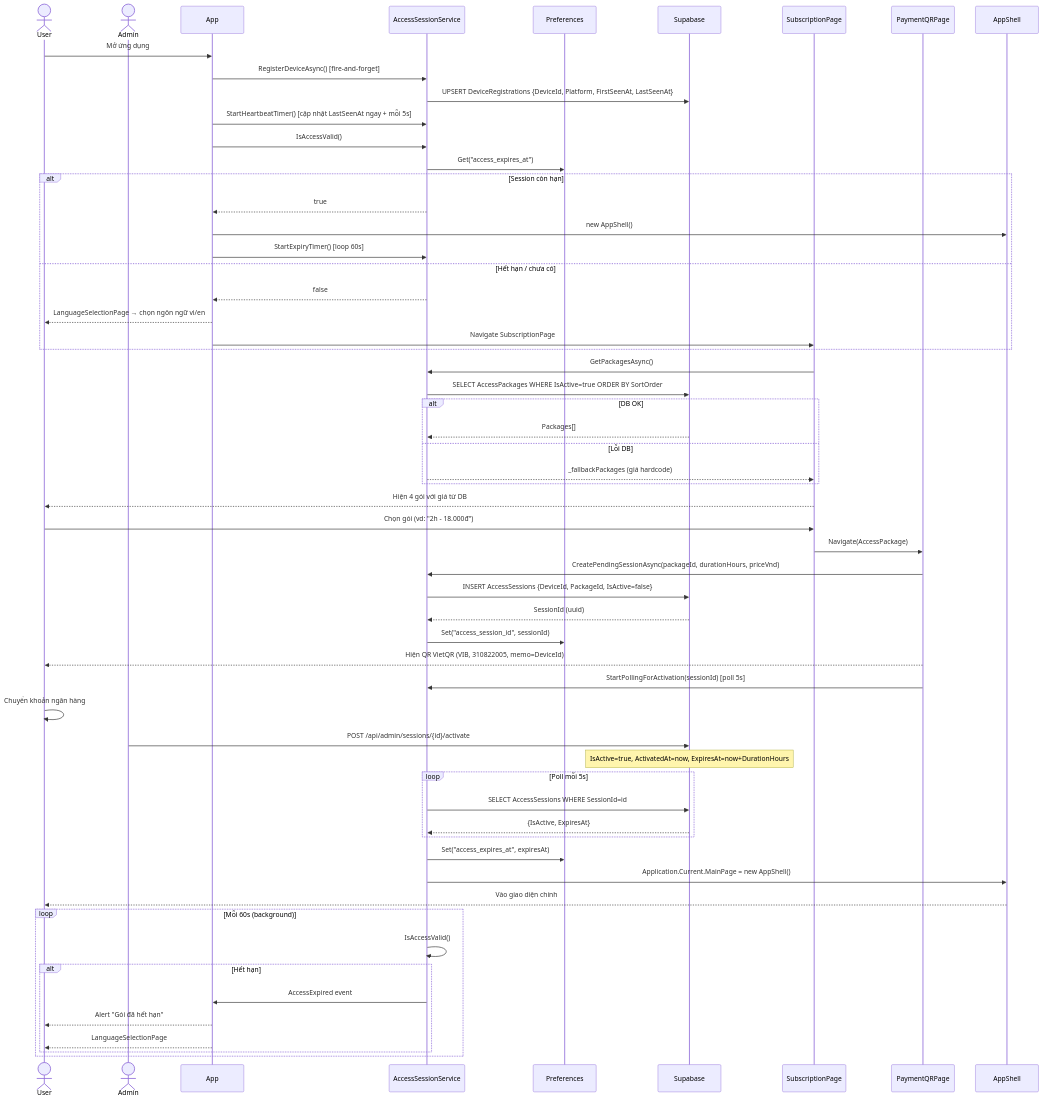
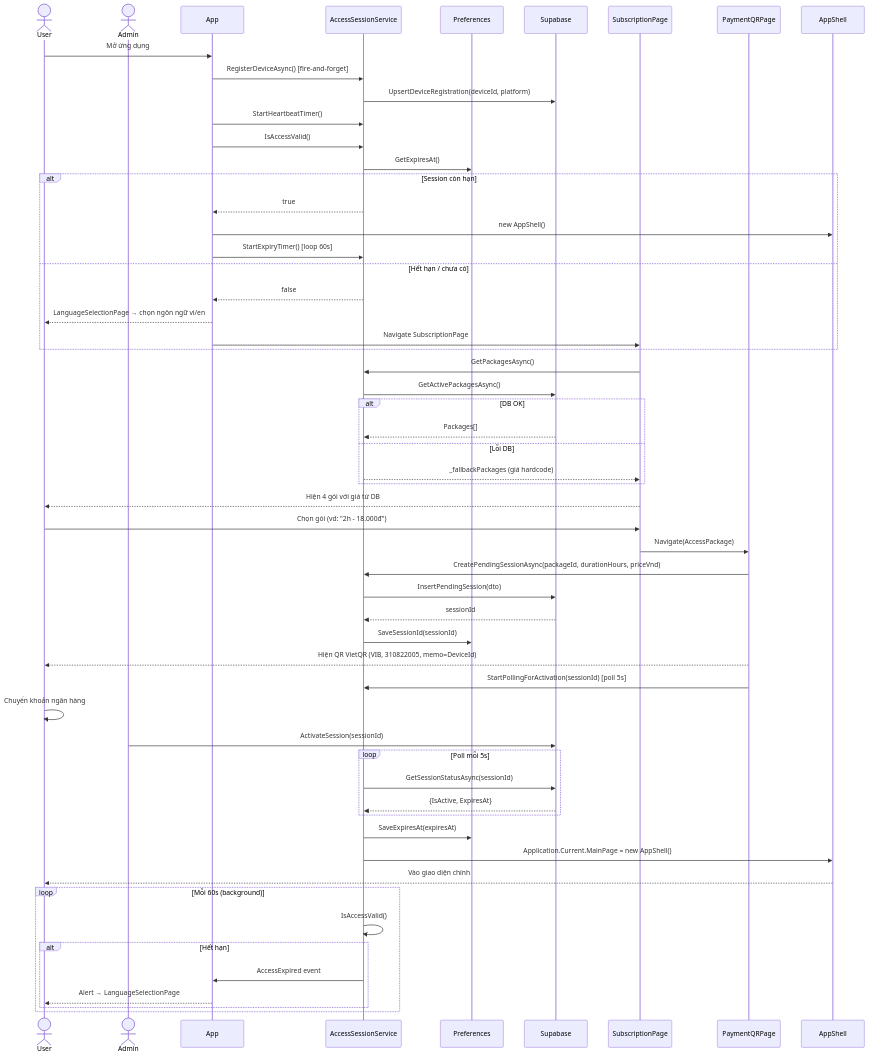
The seventh of 27 diagrams in PRD.md (MTai55/csharp), drawn with Mermaid before and after one commit. The commit also changed other lines of this file, not shown here.

Commit message:
Sửa Sequence trong prd

````diff
--- a/PRD.md
+++ b/PRD.md
@@ -1429,68 +1452,66 @@
 ```mermaid
 sequenceDiagram
     actor User
     actor Admin
     participant App
     participant ASS as AccessSessionService
     participant Prefs as Preferences
     participant Supabase
     participant SubPage as SubscriptionPage
     participant QRPage as PaymentQRPage
     participant Shell as AppShell
 
     User->>App: Mở ứng dụng
     App->>ASS: RegisterDeviceAsync() [fire-and-forget]
-    ASS->>Supabase: UPSERT DeviceRegistrations {DeviceId, Platform, FirstSeenAt, LastSeenAt}
-    App->>ASS: StartHeartbeatTimer() [cập nhật LastSeenAt ngay + mỗi 5s]
+    ASS->>Supabase: UpsertDeviceRegistration(deviceId, platform)
+    App->>ASS: StartHeartbeatTimer()
 
     App->>ASS: IsAccessValid()
-    ASS->>Prefs: Get("access_expires_at")
+    ASS->>Prefs: GetExpiresAt()
     alt Session còn hạn
         ASS-->>App: true
         App->>Shell: new AppShell()
         App->>ASS: StartExpiryTimer() [loop 60s]
     else Hết hạn / chưa có
         ASS-->>App: false
         App-->>User: LanguageSelectionPage → chọn ngôn ngữ vi/en
         App->>SubPage: Navigate SubscriptionPage
     end
 
     SubPage->>ASS: GetPackagesAsync()
-    ASS->>Supabase: SELECT AccessPackages WHERE IsActive=true ORDER BY SortOrder
+    ASS->>Supabase: GetActivePackagesAsync()
     alt DB OK
         Supabase-->>ASS: Packages[]
     else Lỗi DB
         ASS-->>SubPage: _fallbackPackages (giá hardcode)
     end
     SubPage-->>User: Hiện 4 gói với giá từ DB
 
     User->>SubPage: Chọn gói (vd: "2h - 18.000đ")
     SubPage->>QRPage: Navigate(AccessPackage)
     QRPage->>ASS: CreatePendingSessionAsync(packageId, durationHours, priceVnd)
-    ASS->>Supabase: INSERT AccessSessions {DeviceId, PackageId, IsActive=false}
-    Supabase-->>ASS: SessionId (uuid)
-    ASS->>Prefs: Set("access_session_id", sessionId)
+    ASS->>Supabase: InsertPendingSession(dto)
+    Supabase-->>ASS: sessionId
+    ASS->>Prefs: SaveSessionId(sessionId)
     QRPage-->>User: Hiện QR VietQR (VIB, 310822005, memo=DeviceId)
     QRPage->>ASS: StartPollingForActivation(sessionId) [poll 5s]
 
     User->>User: Chuyển khoản ngân hàng
-    Admin->>Supabase: POST /api/admin/sessions/{id}/activate
-    Note over Supabase: IsActive=true, ActivatedAt=now, ExpiresAt=now+DurationHours
+    Admin->>Supabase: ActivateSession(sessionId)
 
     loop Poll mỗi 5s
-        ASS->>Supabase: SELECT AccessSessions WHERE SessionId=id
+        ASS->>Supabase: GetSessionStatusAsync(sessionId)
         Supabase-->>ASS: {IsActive, ExpiresAt}
     end
-    ASS->>Prefs: Set("access_expires_at", expiresAt)
+    ASS->>Prefs: SaveExpiresAt(expiresAt)
     ASS->>Shell: Application.Current.MainPage = new AppShell()
     Shell-->>User: Vào giao diện chính
 
     loop Mỗi 60s (background)
         ASS->>ASS: IsAccessValid()
         alt Hết hạn
             ASS->>App: AccessExpired event
-            App-->>User: Alert "Gói đã hết hạn"
-            App-->>User: LanguageSelectionPage
+            App-->>User: Alert → LanguageSelectionPage
         end
     end
 ```
````
